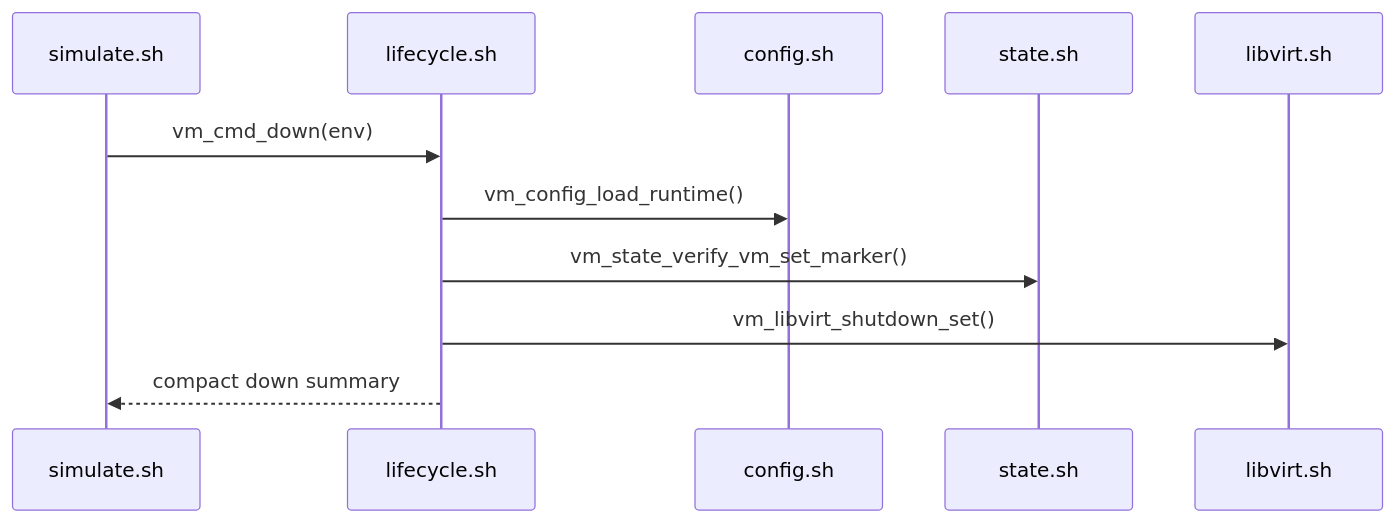
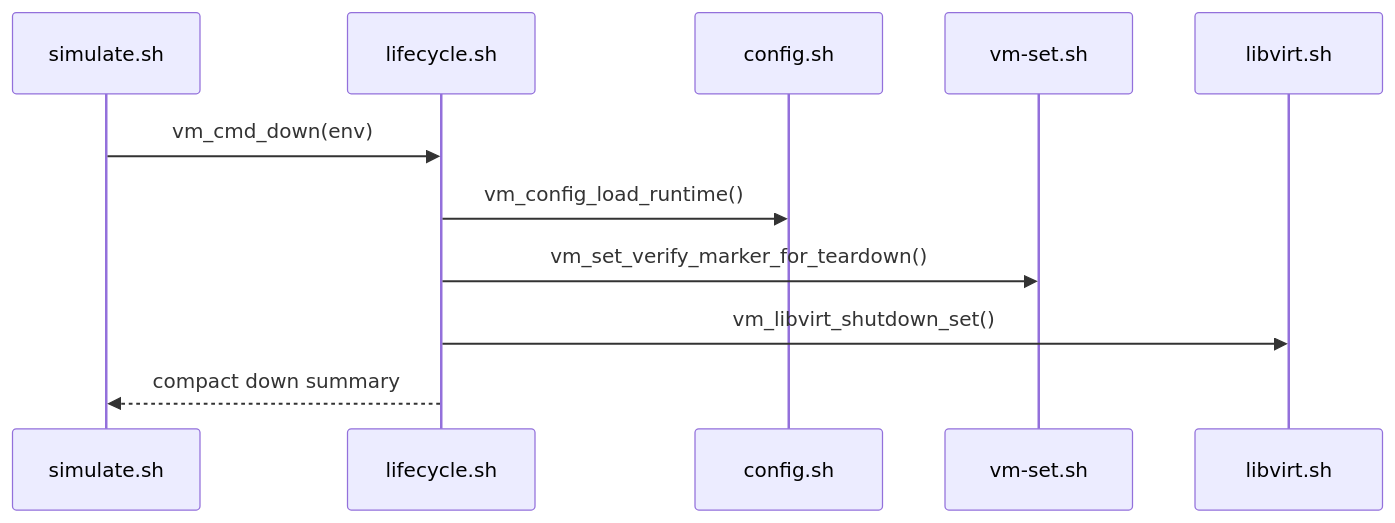
Diagram 16 of 19 in simulation/vm/sequences.md (NoNine/loopforge), drawn with Mermaid before and after one commit. The commit also changed other lines of this file and 18 other files, not shown here.

````diff
--- a/simulation/vm/sequences.md
+++ b/simulation/vm/sequences.md
@@ -321,14 +328,14 @@
 ```mermaid
 sequenceDiagram
   participant CLI as simulate.sh
   participant LC as lifecycle.sh
   participant CFG as config.sh
-  participant ST as state.sh
+  participant SET as vm-set.sh
   participant LV as libvirt.sh
 
   CLI->>LC: vm_cmd_down(env)
   LC->>CFG: vm_config_load_runtime()
-  LC->>ST: vm_state_verify_vm_set_marker()
+  LC->>SET: vm_set_verify_marker_for_teardown()
   LC->>LV: vm_libvirt_shutdown_set()
   LC-->>CLI: compact down summary
 ```
````
